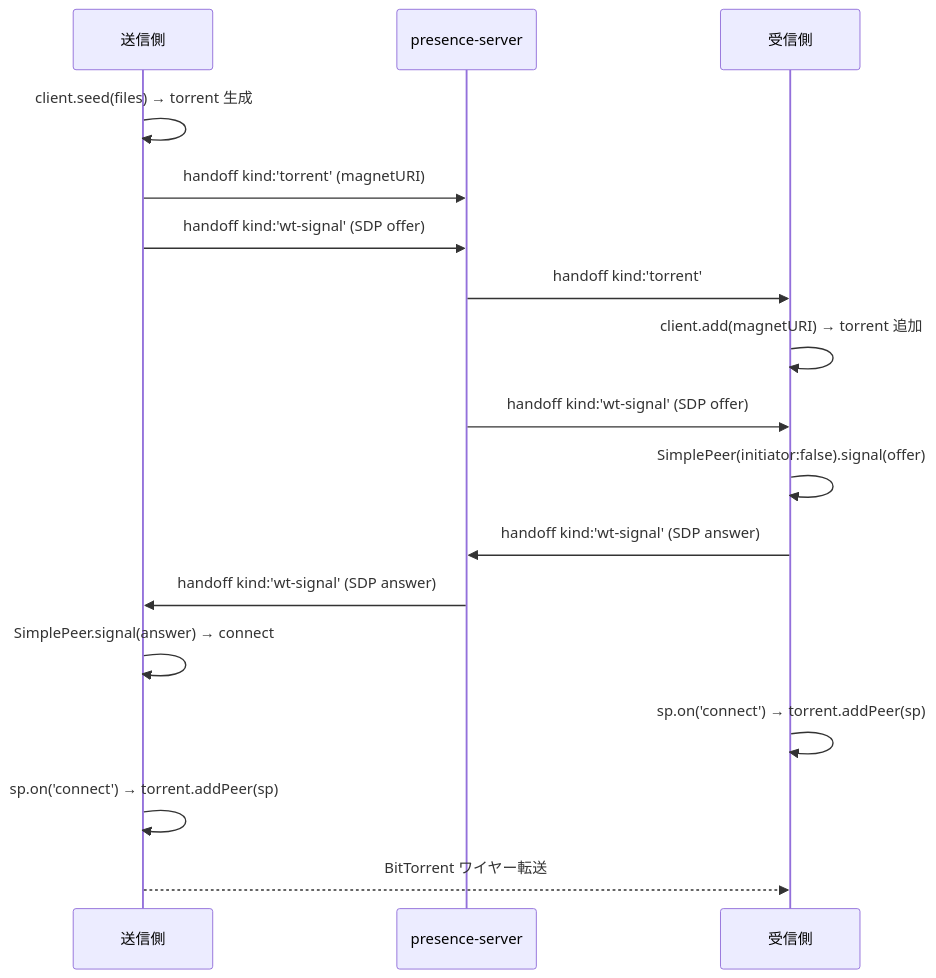
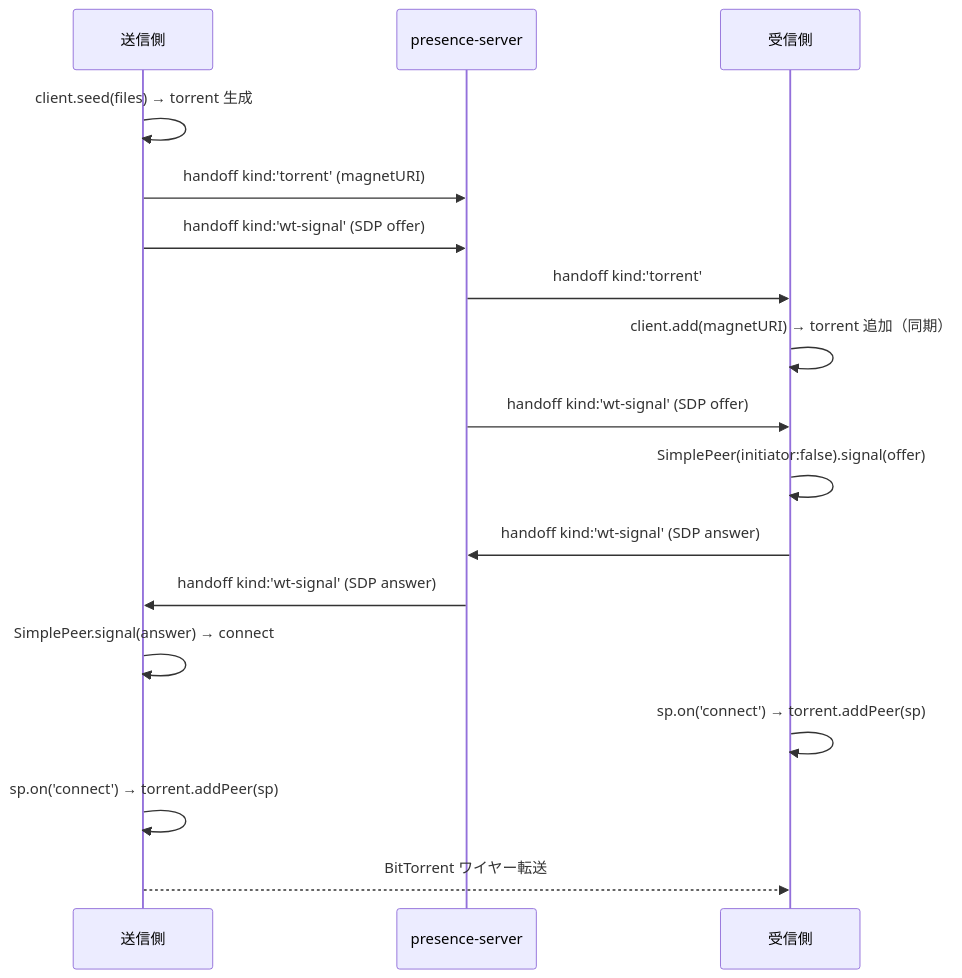
Before and after one commit to afjk/afjk.jp: the eighth of 8 diagrams in docs/pipe-spec.md, drawn with Mermaid. The commit also changed other lines of this file, not shown here.

````diff
--- a/docs/pipe-spec.md
+++ b/docs/pipe-spec.md
@@ -434,23 +434,23 @@
 ```mermaid
 sequenceDiagram
     participant S as 送信側
     participant P as presence-server
     participant R as 受信側
 
     S->>S: client.seed(files) → torrent 生成
     S->>P: handoff kind:'torrent' (magnetURI)
     S->>P: handoff kind:'wt-signal' (SDP offer)
 
     P->>R: handoff kind:'torrent'
-    R->>R: client.add(magnetURI) → torrent 追加
+    R->>R: client.add(magnetURI) → torrent 追加（同期）
     P->>R: handoff kind:'wt-signal' (SDP offer)
     R->>R: SimplePeer(initiator:false).signal(offer)
     R->>P: handoff kind:'wt-signal' (SDP answer)
 
     P->>S: handoff kind:'wt-signal' (SDP answer)
     S->>S: SimplePeer.signal(answer) → connect
     R->>R: sp.on('connect') → torrent.addPeer(sp)
     S->>S: sp.on('connect') → torrent.addPeer(sp)
 
     S-->>R: BitTorrent ワイヤー転送
 ```
````
